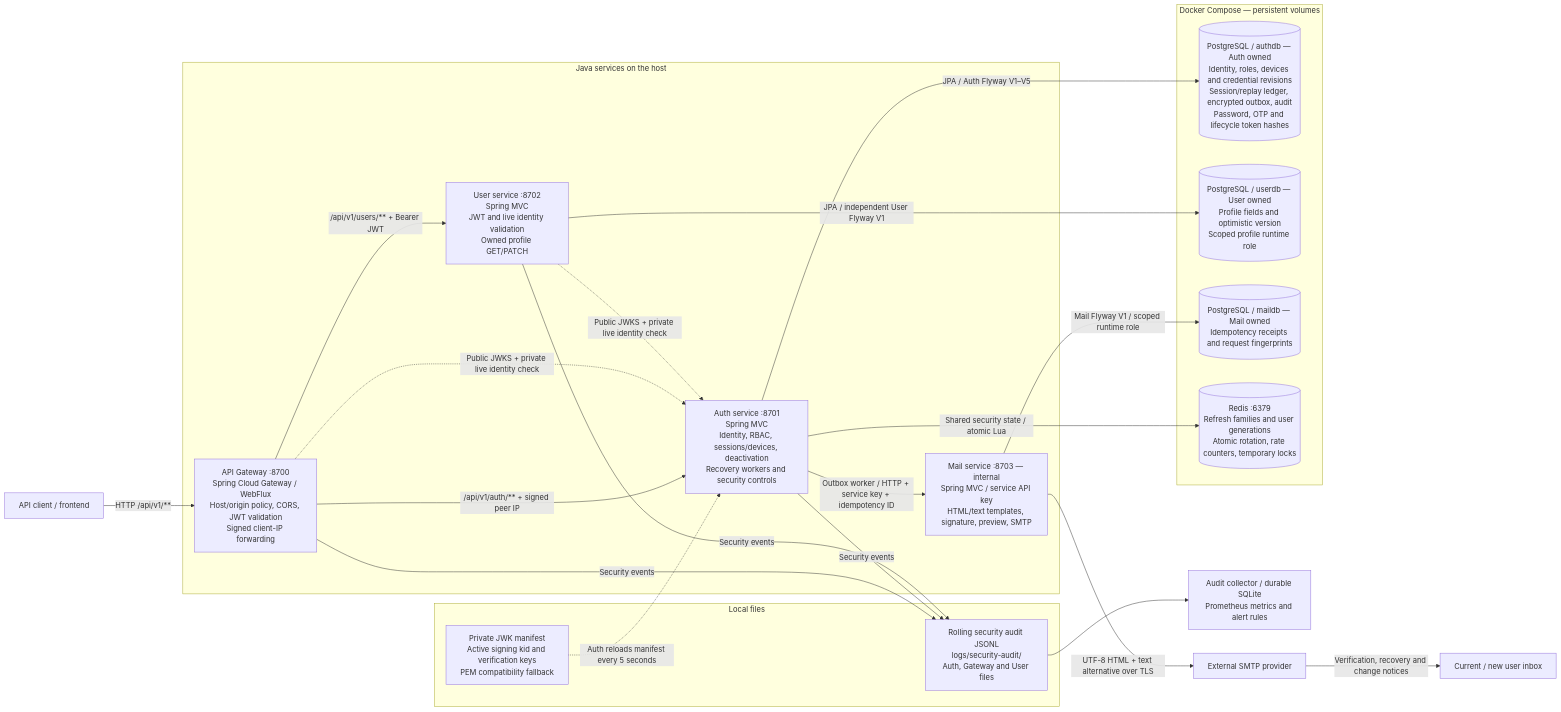
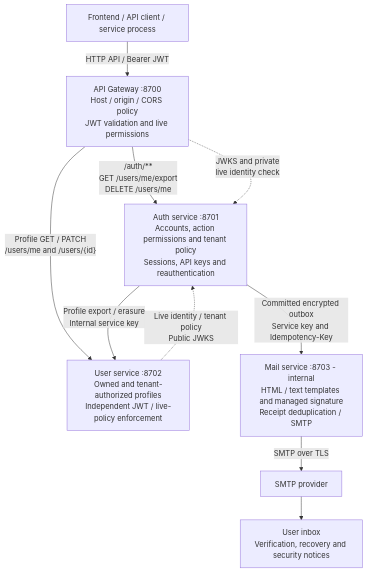
One commit to Sanglm2207/hybrid-auth-platform changed the first of 5 diagrams in README.md. Above: the diagram before and after it, drawn with Mermaid. The commit also changed other lines of this file and 1 other file, not shown here.

Commit message:
docs: redraw system architecture with vertical diagrams

````diff
--- a/README.md
+++ b/README.md
@@ -27,44 +29,20 @@
 ```mermaid
-flowchart LR
-    client["API client / frontend"]
+flowchart TB
+    client["Frontend / API client / service process"]
+    gateway["API Gateway :8700<br/>Host / origin / CORS policy<br/>JWT validation and live permissions"]
+    auth["Auth service :8701<br/>Accounts, action permissions and tenant policy<br/>Sessions, API keys and reauthentication"]
+    user["User service :8702<br/>Owned and tenant-authorized profiles<br/>Independent JWT / live-policy enforcement"]
+    mail["Mail service :8703 - internal<br/>HTML / text templates and managed signature<br/>Receipt deduplication / SMTP"]
+    smtp["SMTP provider"]
+    inbox["User inbox<br/>Verification, recovery and security notices"]
 
-    subgraph services["Java services on the host"]
-        gateway["API Gateway :8700<br/>Spring Cloud Gateway / WebFlux<br/>Host/origin policy, CORS, JWT validation<br/>Signed client-IP forwarding"]
-        auth["Auth service :8701<br/>Spring MVC<br/>Identity, RBAC, sessions/devices, deactivation<br/>Recovery workers and security controls"]
-        user["User service :8702<br/>Spring MVC<br/>JWT and live identity validation<br/>Owned profile GET/PATCH"]
-        mail["Mail service :8703 — internal<br/>Spring MVC / service API key<br/>HTML/text templates, signature, preview, SMTP"]
-    end
-
-    subgraph stores["Docker Compose — persistent volumes"]
-        postgres[("PostgreSQL / authdb — Auth owned<br/>Identity, roles, devices and credential revisions<br/>Session/replay ledger, encrypted outbox, audit<br/>Password, OTP and lifecycle token hashes")]
-        profiles[("PostgreSQL / userdb — User owned<br/>Profile fields and optimistic version<br/>Scoped profile runtime role")]
-        receipts[("PostgreSQL / maildb — Mail owned<br/>Idempotency receipts and request fingerprints")]
-        redis[("Redis :6379<br/>Refresh families and user generations<br/>Atomic rotation, rate counters, temporary locks")]
-    end
-
-    subgraph files["Local files"]
-        keys["Private JWK manifest<br/>Active signing kid and verification keys<br/>PEM compatibility fallback"]
-        audit["Rolling security audit JSONL<br/>logs/security-audit/<br/>Auth, Gateway and User files"]
-    end
-
-    smtp["External SMTP provider"]
-    inbox["Current / new user inbox"]
-
-    client -->|"HTTP /api/v1/**"| gateway
-    gateway -->|"/api/v1/auth/** + signed peer IP"| auth
-    gateway -->|"/api/v1/users/** + Bearer JWT"| user
-    gateway -.->|"Public JWKS + private live identity check"| auth
-    user -.->|"Public JWKS + private live identity check"| auth
-    keys -.->|"Auth reloads manifest every 5 seconds"| auth
-    auth -->|"JPA / Auth Flyway V1–V5"| postgres
-    user -->|"JPA / independent User Flyway V1"| profiles
-    auth -->|"Shared security state / atomic Lua"| redis
-    auth -->|"Outbox worker / HTTP + service key + idempotency ID"| mail
-    mail -->|"Mail Flyway V1 / scoped runtime role"| receipts
-    audit --> collector["Audit collector / durable SQLite<br/>Prometheus metrics and alert rules"]
-    mail -->|"UTF-8 HTML + text alternative over TLS"| smtp
-    smtp -->|"Verification, recovery and change notices"| inbox
-    gateway -->|"Security events"| audit
-    auth -->|"Security events"| audit
-    user -->|"Security events"| audit
+    client -->|"HTTP API / Bearer JWT"| gateway
+    gateway -->|"/auth/**<br/>GET /users/me/export<br/>DELETE /users/me"| auth
+    gateway -->|"Profile GET / PATCH<br/>/users/me and /users/{id}"| user
+    gateway -.->|"JWKS and private<br/>live identity check"| auth
+    user -.->|"Live identity / tenant policy<br/>Public JWKS"| auth
+    auth -->|"Profile export / erasure<br/>Internal service key"| user
+    auth -->|"Committed encrypted outbox<br/>Service key and Idempotency-Key"| mail
+    mail -->|"SMTP over TLS"| smtp
+    smtp --> inbox
 ```
````
